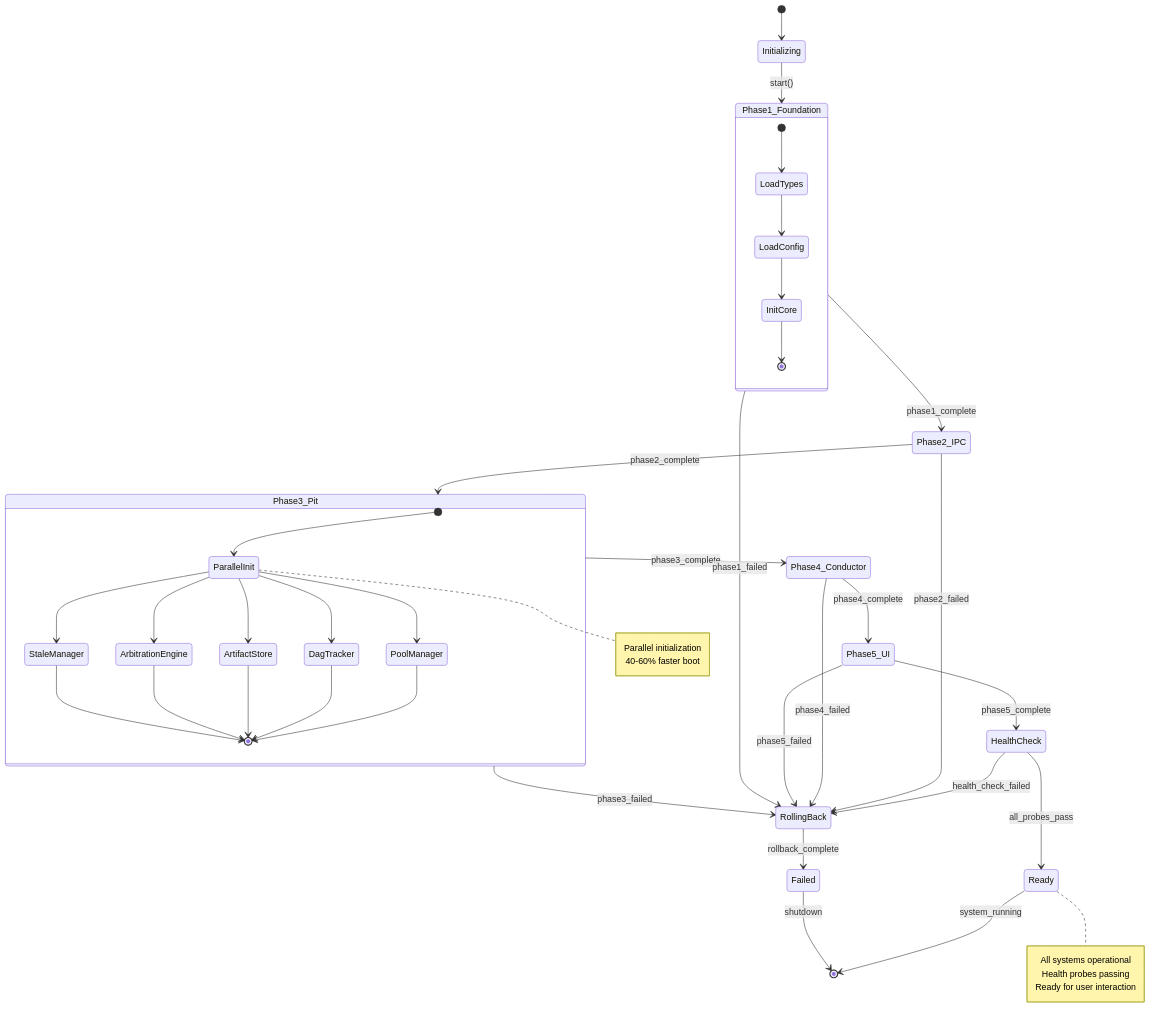
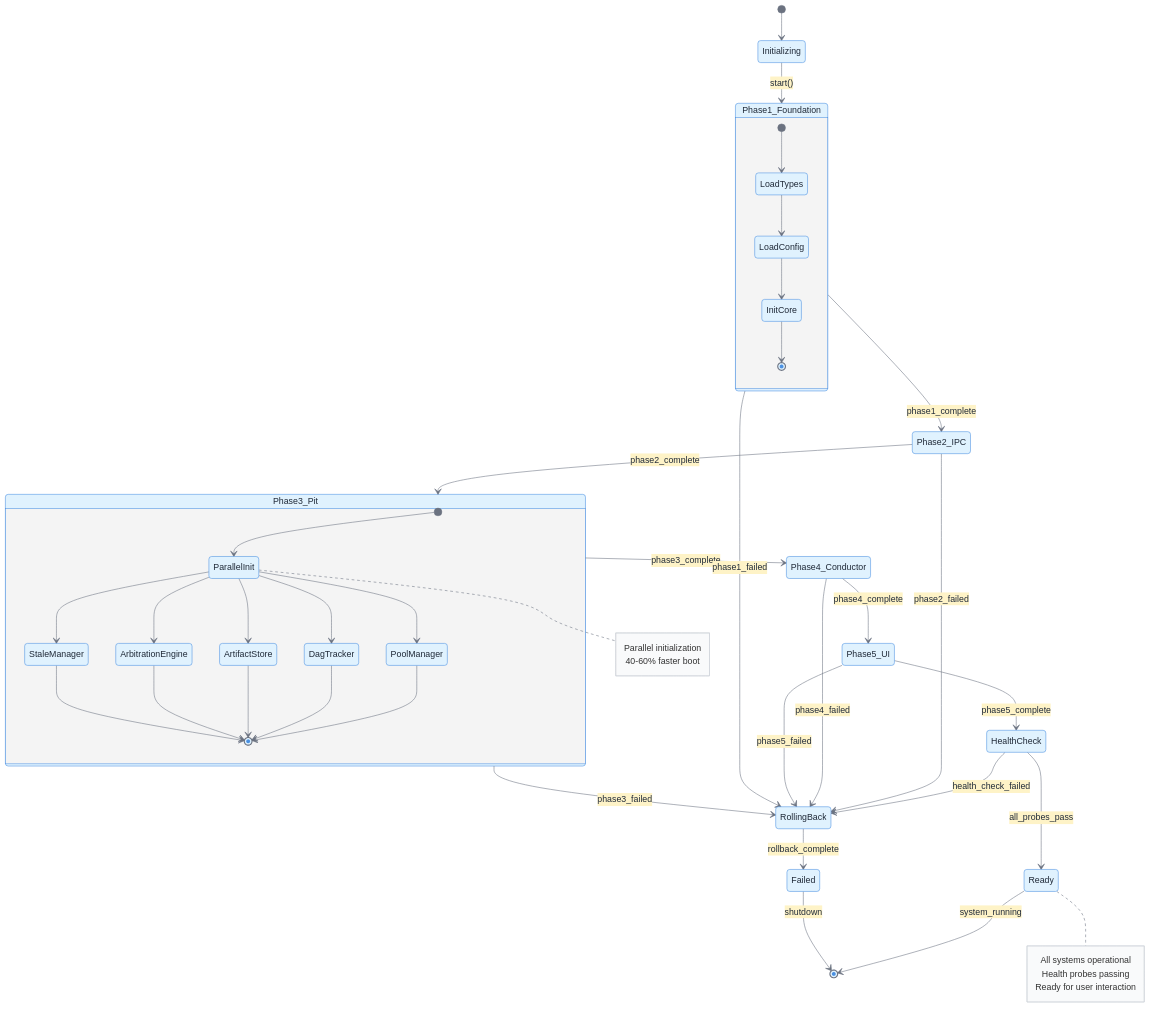
The fourth of 10 diagrams in STATE_DIAGRAM.md (Symphony-aide/Symphony), drawn with Mermaid before and after one commit. The commit also changed other lines of this file and 2 other files, not shown here.

````diff
--- a/STATE_DIAGRAM.md
+++ b/STATE_DIAGRAM.md
@@ -207,56 +210,57 @@
 ```mermaid
+%%{init: {'theme':'base', 'themeVariables': { 'primaryColor':'#e0f2fe', 'primaryTextColor':'#1f2937', 'primaryBorderColor':'#4a90e2', 'lineColor':'#6b7280', 'secondaryColor':'#fef3c7', 'tertiaryColor':'#f0f9ff', 'noteBkgColor':'#f9fafb', 'noteBorderColor':'#d1d5db'}}}%%
 stateDiagram-v2
     [*] --> Initializing
-    
-    Initializing --> Phase1_Foundation: start()
-    Phase1_Foundation --> Phase2_IPC: phase1_complete
-    Phase2_IPC --> Phase3_Pit: phase2_complete
-    Phase3_Pit --> Phase4_Conductor: phase3_complete
-    Phase4_Conductor --> Phase5_UI: phase4_complete
-    Phase5_UI --> HealthCheck: phase5_complete
-    
-    HealthCheck --> Ready: all_probes_pass
-    HealthCheck --> RollingBack: health_check_failed
-    
-    Phase1_Foundation --> RollingBack: phase1_failed
-    Phase2_IPC --> RollingBack: phase2_failed
-    Phase3_Pit --> RollingBack: phase3_failed
-    Phase4_Conductor --> RollingBack: phase4_failed
-    Phase5_UI --> RollingBack: phase5_failed
-    
-    RollingBack --> Failed: rollback_complete
-    Ready --> [*]: system_running
-    Failed --> [*]: shutdown
+
+    Initializing --> Phase1_Foundation : start()
+    Phase1_Foundation --> Phase2_IPC : phase1_complete
+    Phase2_IPC --> Phase3_Pit : phase2_complete
+    Phase3_Pit --> Phase4_Conductor : phase3_complete
+    Phase4_Conductor --> Phase5_UI : phase4_complete
+    Phase5_UI --> HealthCheck : phase5_complete
+
+    HealthCheck --> Ready : all_probes_pass
+    HealthCheck --> RollingBack : health_check_failed
+
+    Phase1_Foundation --> RollingBack : phase1_failed
+    Phase2_IPC --> RollingBack : phase2_failed
+    Phase3_Pit --> RollingBack : phase3_failed
+    Phase4_Conductor --> RollingBack : phase4_failed
+    Phase5_UI --> RollingBack : phase5_failed
+
+    RollingBack --> Failed : rollback_complete
+    Ready --> [*] : system_running
+    Failed --> [*] : shutdown
     
     state Phase1_Foundation {
         [*] --> LoadTypes
         LoadTypes --> LoadConfig
         LoadConfig --> InitCore
         InitCore --> [*]
     }
-    
+
     state Phase3_Pit {
         [*] --> ParallelInit
         ParallelInit --> PoolManager
         ParallelInit --> DagTracker
         ParallelInit --> ArtifactStore
         ParallelInit --> ArbitrationEngine
         ParallelInit --> StaleManager
         PoolManager --> [*]
         DagTracker --> [*]
         ArtifactStore --> [*]
         ArbitrationEngine --> [*]
         StaleManager --> [*]
         
         note right of ParallelInit
             Parallel initialization
             40-60% faster boot
         end note
     }
     
     note right of Ready
         All systems operational
         Health probes passing
         Ready for user interaction
     end note
 ```
````
